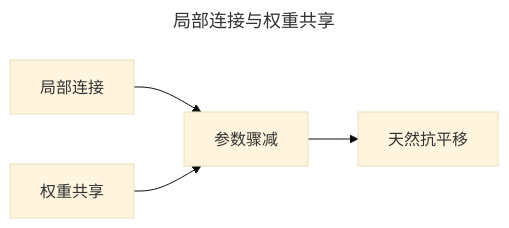
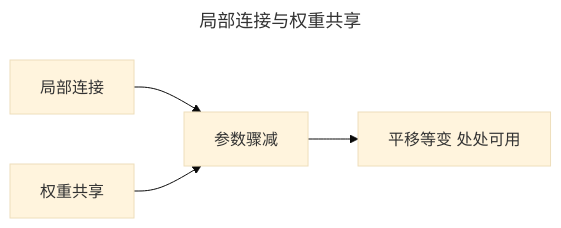
Before and after one commit to Joneyao/dl-from-scratch: the third of 4 diagrams in docs/articles/10-convolution.md, drawn with Mermaid (base theme). The commit also changed other lines of this file and 14 other files, not shown here.

````diff
--- a/docs/articles/10-convolution.md
+++ b/docs/articles/10-convolution.md
@@ -75,9 +75,9 @@
 ```mermaid
 ---
 title: 局部连接与权重共享
 ---
 flowchart LR
     A[局部连接] --> C[参数骤减]
     B[权重共享] --> C
-    C --> D[天然抗平移]
+    C --> D[平移等变 处处可用]
 ```
````
